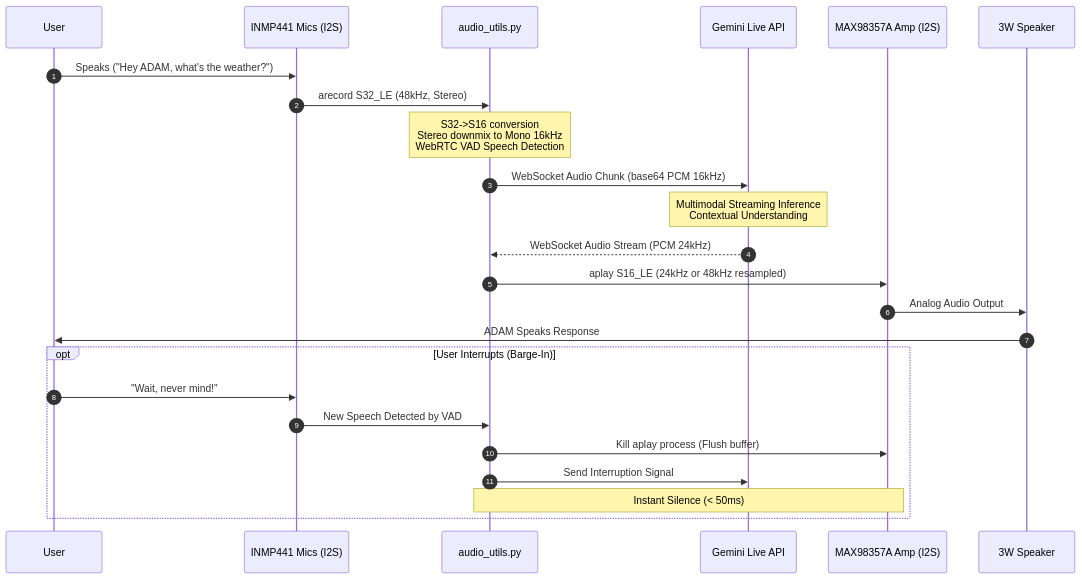
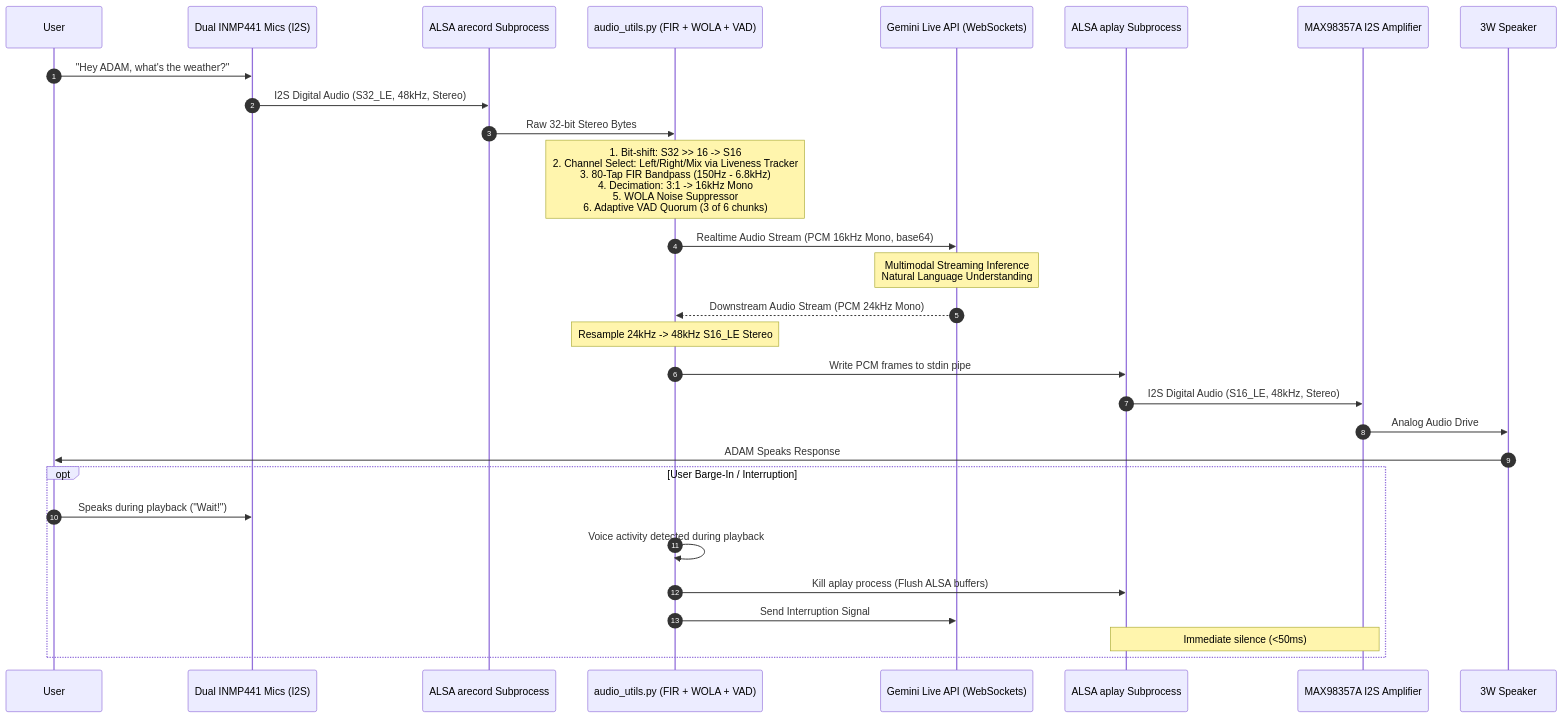
Before and after one commit to dgentechnologies/ADAM-AI: the first of 2 diagrams in docs/architecture/data-flow.md, drawn with Mermaid. The commit also changed other lines of this file and 27 other files, not shown here.

````diff
--- a/docs/architecture/data-flow.md
+++ b/docs/architecture/data-flow.md
@@ -9,28 +9,33 @@
 ```mermaid
 sequenceDiagram
     autonumber
     participant User
-    participant Mic as INMP441 Mics (I2S)
-    participant PiDSP as audio_utils.py
-    participant Gem as Gemini Live API
-    participant Amp as MAX98357A Amp (I2S)
+    participant Mic as Dual INMP441 Mics (I2S)
+    participant PipeIn as ALSA arecord Subprocess
+    participant DSP as audio_utils.py (FIR + WOLA + VAD)
+    participant Gem as Gemini Live API (WebSockets)
+    participant PipeOut as ALSA aplay Subprocess
+    participant Amp as MAX98357A I2S Amplifier
     participant Spk as 3W Speaker
 
-    User->>Mic: Speaks ("Hey ADAM, what's the weather?")
-    Mic->>PiDSP: arecord S32_LE (48kHz, Stereo)
-    Note over PiDSP: S32->S16 conversion<br/>Stereo downmix to Mono 16kHz<br/>WebRTC VAD Speech Detection
-    PiDSP->>Gem: WebSocket Audio Chunk (base64 PCM 16kHz)
-    Note over Gem: Multimodal Streaming Inference<br/>Contextual Understanding
-    Gem-->>PiDSP: WebSocket Audio Stream (PCM 24kHz)
-    PiDSP->>Amp: aplay S16_LE (24kHz or 48kHz resampled)
-    Amp->>Spk: Analog Audio Output
+    User->>Mic: "Hey ADAM, what's the weather?"
+    Mic->>PipeIn: I2S Digital Audio (S32_LE, 48kHz, Stereo)
+    PipeIn->>DSP: Raw 32-bit Stereo Bytes
+    Note over DSP: 1. Bit-shift: S32 >> 16 -> S16<br/>2. Channel Select: Left/Right/Mix via Liveness Tracker<br/>3. 80-Tap FIR Bandpass (150Hz - 6.8kHz)<br/>4. Decimation: 3:1 -> 16kHz Mono<br/>5. WOLA Noise Suppressor<br/>6. Adaptive VAD Quorum (3 of 6 chunks)
+    DSP->>Gem: Realtime Audio Stream (PCM 16kHz Mono, base64)
+    Note over Gem: Multimodal Streaming Inference<br/>Natural Language Understanding
+    Gem-->>DSP: Downstream Audio Stream (PCM 24kHz Mono)
+    Note over DSP: Resample 24kHz -> 48kHz S16_LE Stereo
+    DSP->>PipeOut: Write PCM frames to stdin pipe
+    PipeOut->>Amp: I2S Digital Audio (S16_LE, 48kHz, Stereo)
+    Amp->>Spk: Analog Audio Drive
     Spk->>User: ADAM Speaks Response
 
-    opt User Interrupts (Barge-In)
-        User->>Mic: "Wait, never mind!"
-        Mic->>PiDSP: New Speech Detected by VAD
-        PiDSP->>Amp: Kill aplay process (Flush buffer)
-        PiDSP->>Gem: Send Interruption Signal
-        Note over PiDSP,Amp: Instant Silence (< 50ms)
+    opt User Barge-In / Interruption
+        User->>Mic: Speaks during playback ("Wait!")
+        DSP->>DSP: Voice activity detected during playback
+        DSP->>PipeOut: Kill aplay process (Flush ALSA buffers)
+        DSP->>Gem: Send Interruption Signal
+        Note over PipeOut,Amp: Immediate silence (<50ms)
     end
 ```
````
